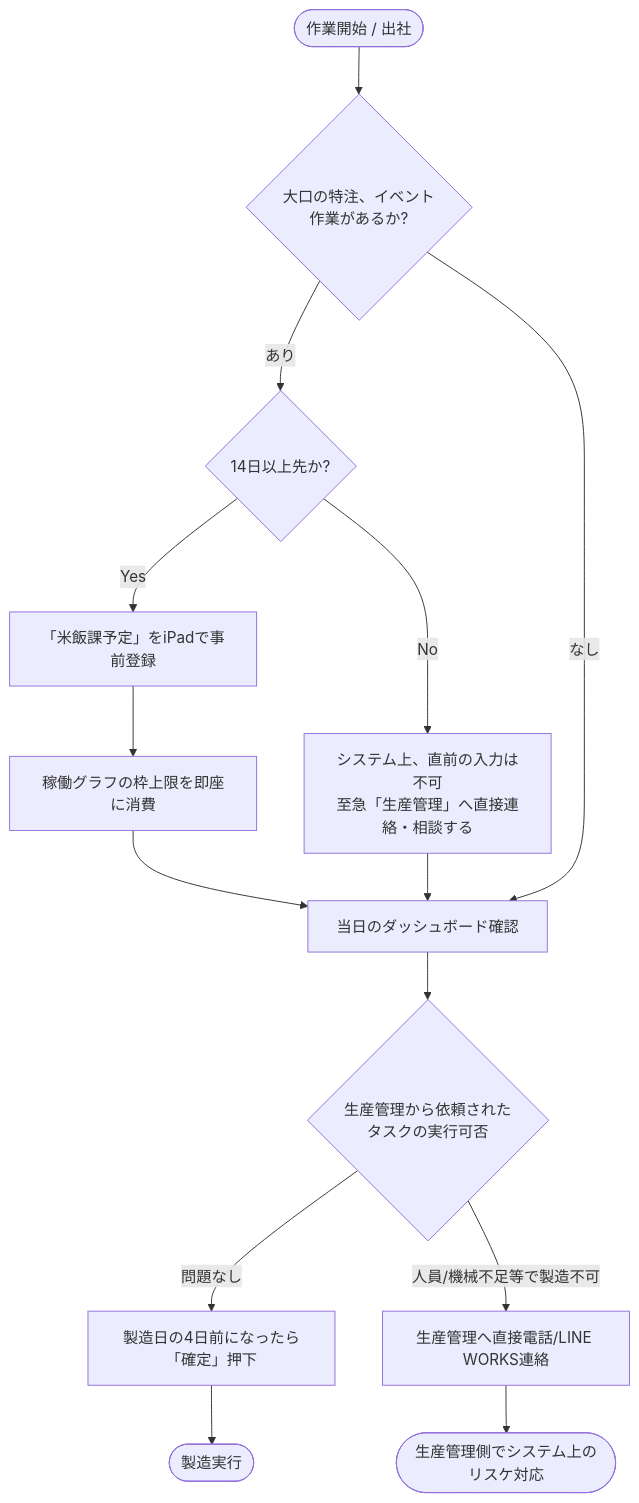
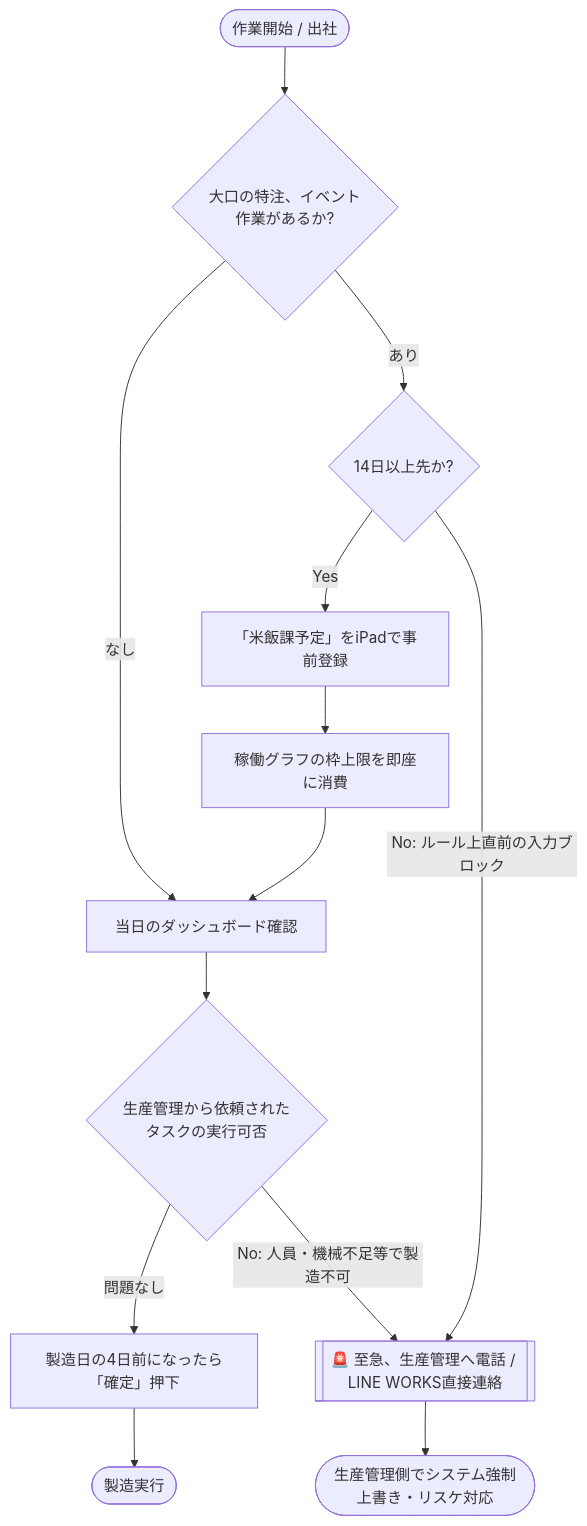
One commit to mihiro10/beihanka_irai_docs changed the fourth of 4 diagrams in appsheet_architecture/01_system_architecture.md. Above: the diagram before and after it, drawn with Mermaid.

Commit message:
docs: unify rice dept exception flows into single emergency node

````diff
--- a/appsheet_architecture/01_system_architecture.md
+++ b/appsheet_architecture/01_system_architecture.md
@@ -93,20 +93,23 @@
 ```mermaid
 flowchart TD
     A([作業開始 / 出社]) --> B{大口の特注、イベント<br>作業があるか?}
     
     B -->|あり| C{14日以上先か?}
     C -->|Yes| D[「米飯課予定」をiPadで事前登録]
-    C -->|No| E[システム上、直前の入力は不可<br>至急「生産管理」へ直接連絡・相談する]
     
     D --> F[稼働グラフの枠上限を即座に消費]
     F --> G[当日のダッシュボード確認]
     B -->|なし| G
-    E --> G
     
     G --> H{生産管理から依頼された<br>タスクの実行可否}
     H -->|問題なし| I[製造日の4日前になったら「確定」押下]
     I --> J([製造実行])
     
-    H -->|人員/機械不足等で製造不可| K[生産管理へ直接電話/LINE WORKS連絡]
-    K --> L([生産管理側でシステム上のリスケ対応])
+    %% 例外・エラー時の統合フロー (Exception Handling)
+    Z[[🚨 至急、生産管理へ電話 / LINE WORKS直接連絡]]
+    
+    C -->|No: ルール上直前の入力ブロック| Z
+    H -->|No: 人員・機械不足等で製造不可| Z
+    
+    Z --> L([生産管理側でシステム強制上書き・リスケ対応])
 ```
````
